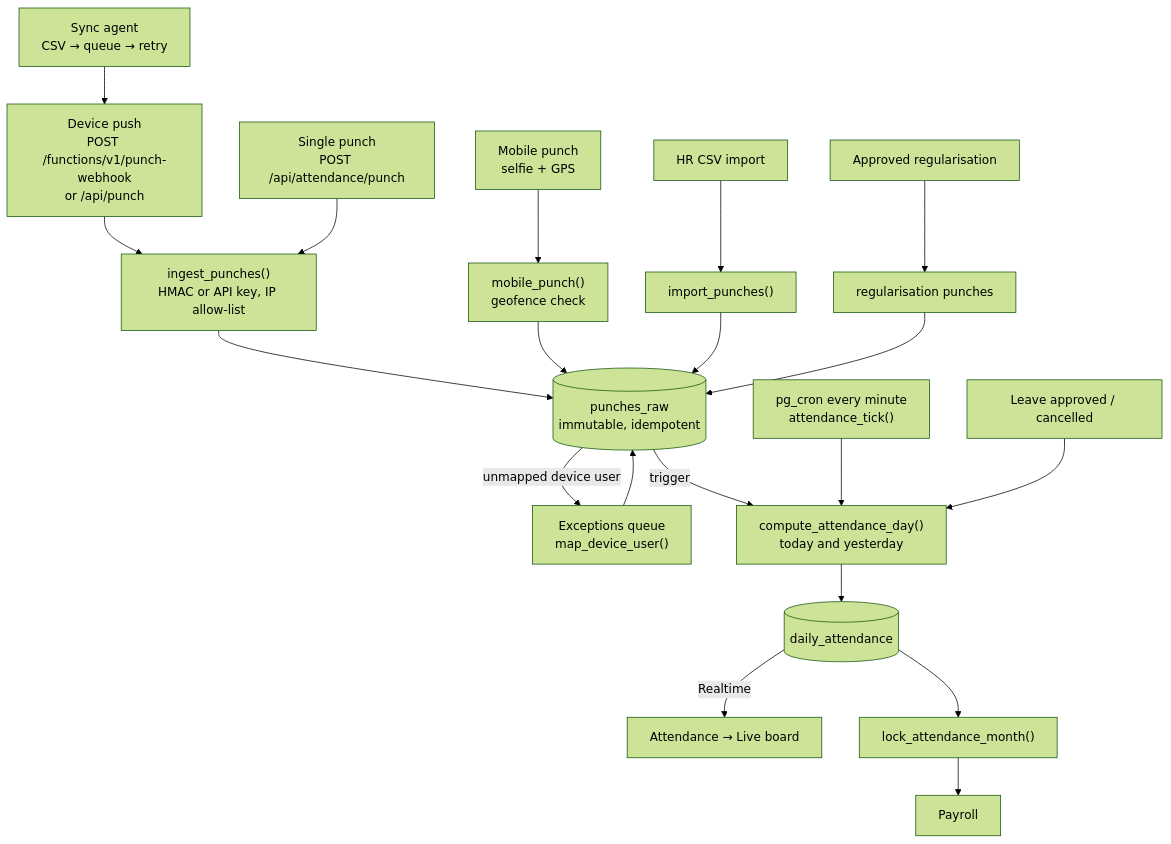
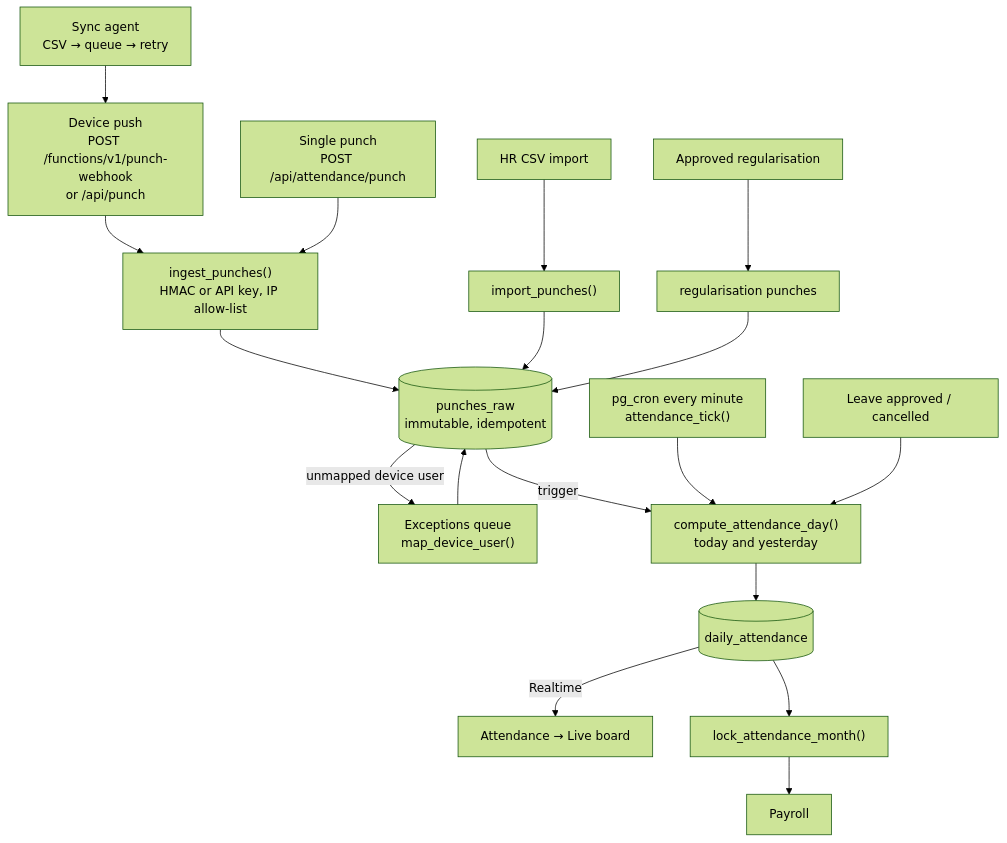
Before and after one commit to corpgroupqa001-bit/CRM: the third of 5 diagrams in docs/system.md, drawn with Mermaid (forest theme). The commit also changed other lines of this file and 25 other files, not shown here.

````diff
--- a/docs/system.md
+++ b/docs/system.md
@@ -305,24 +305,22 @@
 ```mermaid
 flowchart TD
   D1[Device push<br/>POST /functions/v1/punch-webhook<br/>or /api/punch] --> ING["ingest_punches()<br/>HMAC or API key, IP allow-list"]
   D2[Single punch<br/>POST /api/attendance/punch] --> ING
   AG[Sync agent<br/>CSV → queue → retry] --> D1
-  MOB[Mobile punch<br/>selfie + GPS] --> MP["mobile_punch()<br/>geofence check"]
   CSV[HR CSV import] --> IP["import_punches()"]
   REG[Approved regularisation] --> RP[regularisation punches]
 
   ING --> PR[("punches_raw<br/>immutable, idempotent")]
-  MP --> PR
   IP --> PR
   RP --> PR
 
   PR -- unmapped device user --> EXQ["Exceptions queue<br/>map_device_user()"]
   EXQ --> PR
   PR -- trigger --> CAD["compute_attendance_day()<br/>today and yesterday"]
   CRONA["pg_cron every minute<br/>attendance_tick()"] --> CAD
   LV[Leave approved / cancelled] --> CAD
   CAD --> DA[("daily_attendance")]
   DA -- Realtime --> LIVE[Attendance → Live board]
   DA --> LOCK["lock_attendance_month()"]
   LOCK --> PAY[Payroll]
 ```
````
